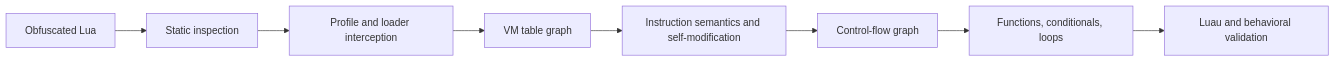
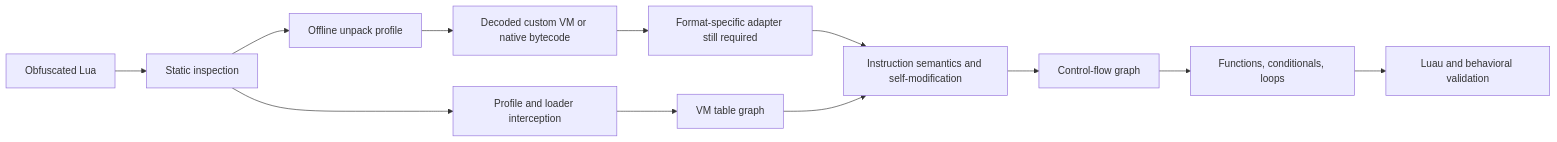
The diagram in README.md (windaswitness/luraph-recovery-lab), drawn with Mermaid before and after one commit. The commit also changed other lines of this file and 17 other files, not shown here.

First line of the commit message:
Add NARSIL v0.3.0 offline VM unpacking and Luau bytecode inventory

````diff
--- a/README.md
+++ b/README.md
@@ -95,10 +106,14 @@
 ```mermaid
 flowchart LR
     A[Obfuscated Lua] --> B[Static inspection]
     B --> C[Profile and loader interception]
+    B --> U[Offline unpack profile]
+    U --> V[Decoded custom VM or native bytecode]
+    V --> W[Format-specific adapter still required]
+    W --> E
     C --> D[VM table graph]
     D --> E[Instruction semantics and self-modification]
     E --> F[Control-flow graph]
     F --> G[Functions, conditionals, loops]
     G --> H[Luau and behavioral validation]
 ```
````
